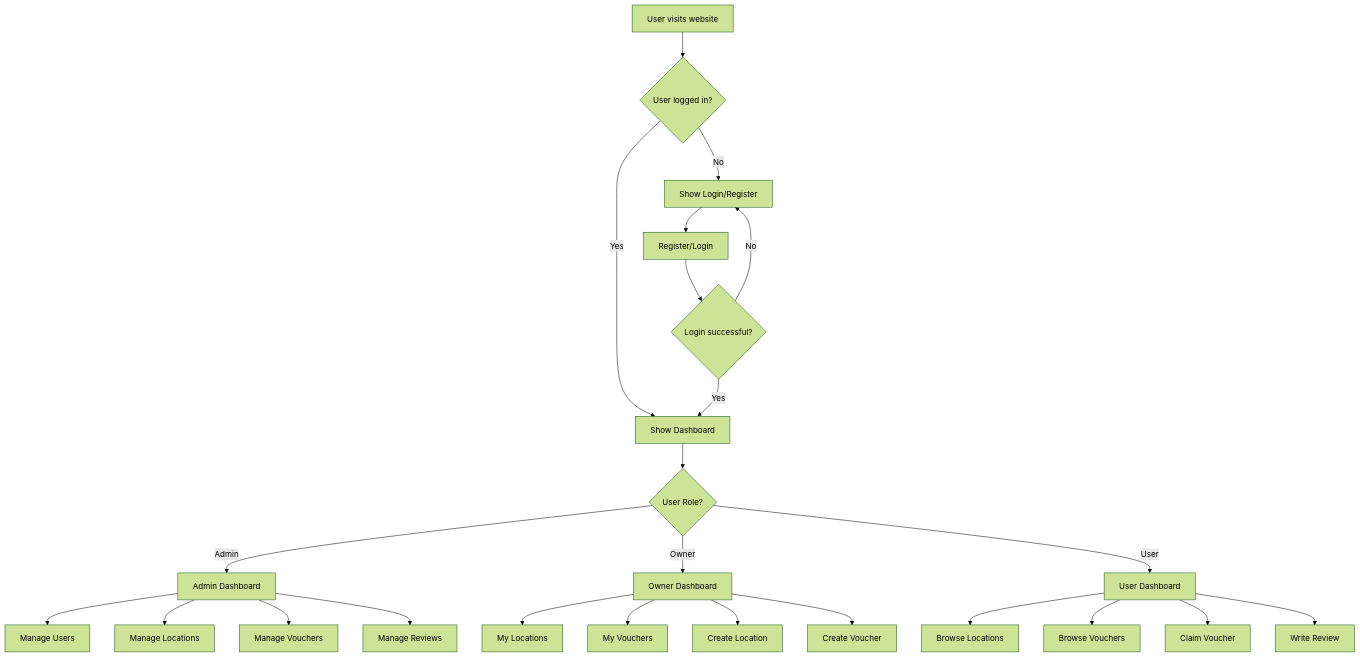
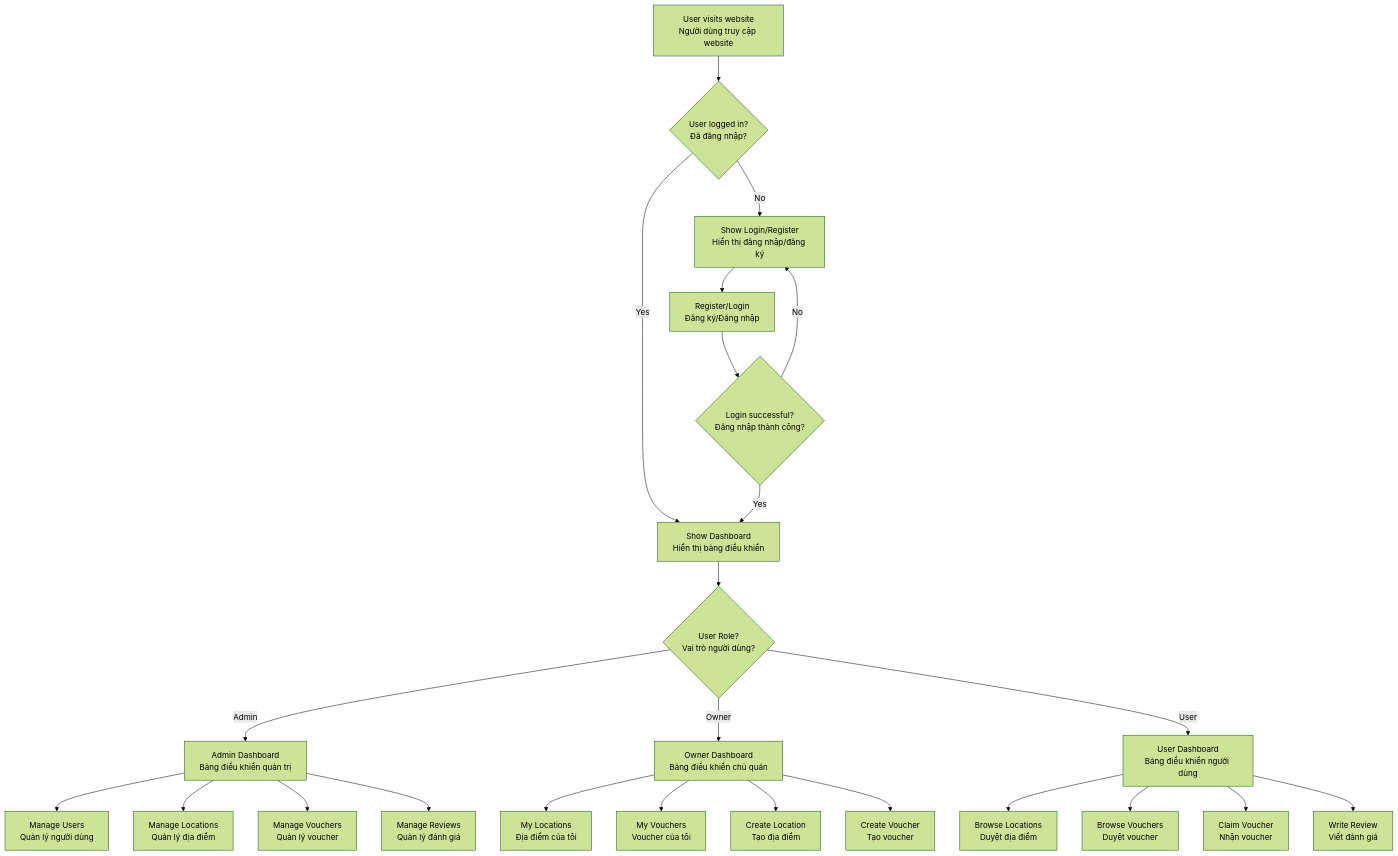
Before and after one commit to tamnguyen0K/voucher-management-system: the third of 8 diagrams in docs/system-architecture.md, drawn with Mermaid (forest theme). The commit also changed other lines of this file and 1 other file, not shown here.

````diff
--- a/docs/system-architecture.md
+++ b/docs/system-architecture.md
@@ -93,31 +93,31 @@
 ```mermaid
 flowchart TD
-    A["User visits website"] --> B{"User logged in?"}
-    B -->|No| C["Show Login/Register"]
-    B -->|Yes| D["Show Dashboard"]
+    A["User visits website<br/>Người dùng truy cập website"] --> B{"User logged in?<br/>Đã đăng nhập?"}
+    B -->|No| C["Show Login/Register<br/>Hiển thị đăng nhập/đăng ký"]
+    B -->|Yes| D["Show Dashboard<br/>Hiển thị bảng điều khiển"]
     
-    C --> E["Register/Login"]
-    E --> F{"Login successful?"}
+    C --> E["Register/Login<br/>Đăng ký/Đăng nhập"]
+    E --> F{"Login successful?<br/>Đăng nhập thành công?"}
     F -->|No| C
     F -->|Yes| D
     
-    D --> G{"User Role?"}
-    G -->|Admin| H["Admin Dashboard"]
-    G -->|Owner| I["Owner Dashboard"]
-    G -->|User| J["User Dashboard"]
+    D --> G{"User Role?<br/>Vai trò người dùng?"}
+    G -->|Admin| H["Admin Dashboard<br/>Bảng điều khiển quản trị"]
+    G -->|Owner| I["Owner Dashboard<br/>Bảng điều khiển chủ quán"]
+    G -->|User| J["User Dashboard<br/>Bảng điều khiển người dùng"]
     
-    H --> K["Manage Users"]
-    H --> L["Manage Locations"]
-    H --> M["Manage Vouchers"]
-    H --> N["Manage Reviews"]
+    H --> K["Manage Users<br/>Quản lý người dùng"]
+    H --> L["Manage Locations<br/>Quản lý địa điểm"]
+    H --> M["Manage Vouchers<br/>Quản lý voucher"]
+    H --> N["Manage Reviews<br/>Quản lý đánh giá"]
     
-    I --> O["My Locations"]
-    I --> P["My Vouchers"]
-    I --> Q["Create Location"]
-    I --> R["Create Voucher"]
+    I --> O["My Locations<br/>Địa điểm của tôi"]
+    I --> P["My Vouchers<br/>Voucher của tôi"]
+    I --> Q["Create Location<br/>Tạo địa điểm"]
+    I --> R["Create Voucher<br/>Tạo voucher"]
     
-    J --> S["Browse Locations"]
-    J --> T["Browse Vouchers"]
-    J --> U["Claim Voucher"]
-    J --> V["Write Review"]
+    J --> S["Browse Locations<br/>Duyệt địa điểm"]
+    J --> T["Browse Vouchers<br/>Duyệt voucher"]
+    J --> U["Claim Voucher<br/>Nhận voucher"]
+    J --> V["Write Review<br/>Viết đánh giá"]
 ```
````
